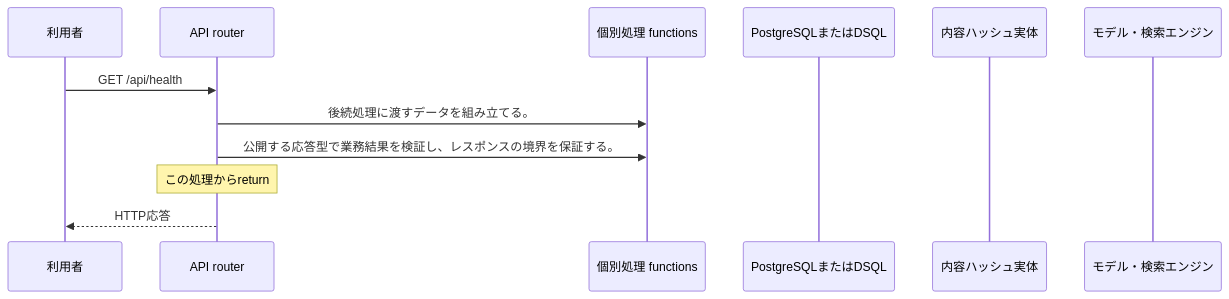
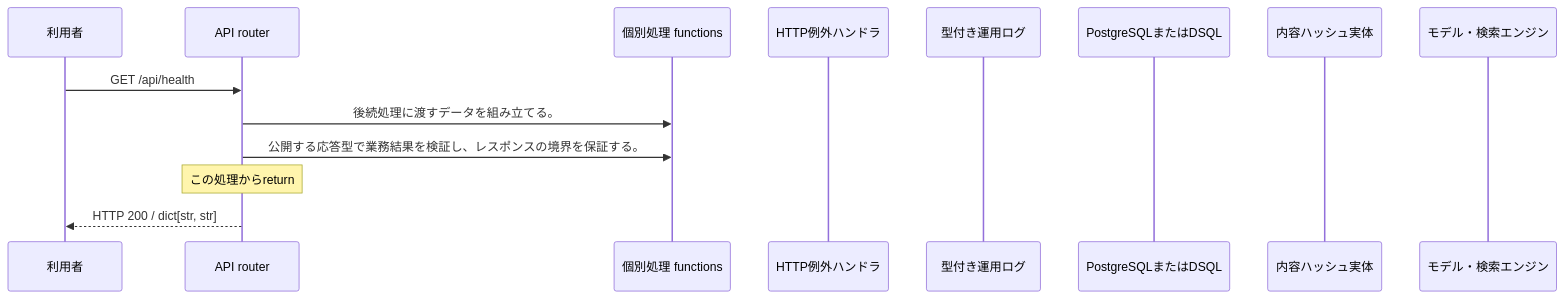
Before and after one commit to tsuji-tomonori/KotoRelay: the diagram in docs/design/generated/api/health/health/sequence.md, drawn with Mermaid. The commit also changed other lines of this file and 226 other files, not shown here.

````diff
--- a/docs/design/generated/api/health/health/sequence.md
+++ b/docs/design/generated/api/health/health/sequence.md
@@ -7,14 +7,16 @@
 ```mermaid
 sequenceDiagram
     participant U as 利用者
     participant A as API router
     participant F as 個別処理 functions
+    participant E as HTTP例外ハンドラ
+    participant L as 型付き運用ログ
     participant D as PostgreSQLまたはDSQL
     participant S as 内容ハッシュ実体
     participant M as モデル・検索エンジン
     U->>A: GET /api/health
     A->>F: 後続処理に渡すデータを組み立てる。
     A->>F: 公開する応答型で業務結果を検証し、レスポンスの境界を保証する。
     Note over A: この処理からreturn
-    A-->>U: HTTP応答
+    A-->>U: HTTP 200 / dict[str, str]
 ```
````
